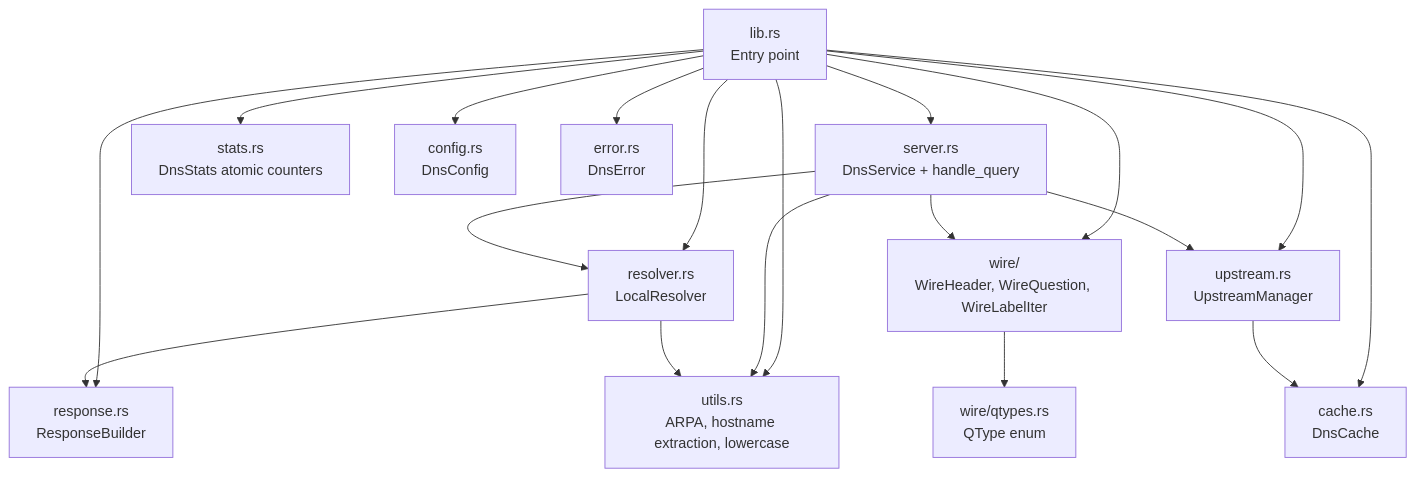
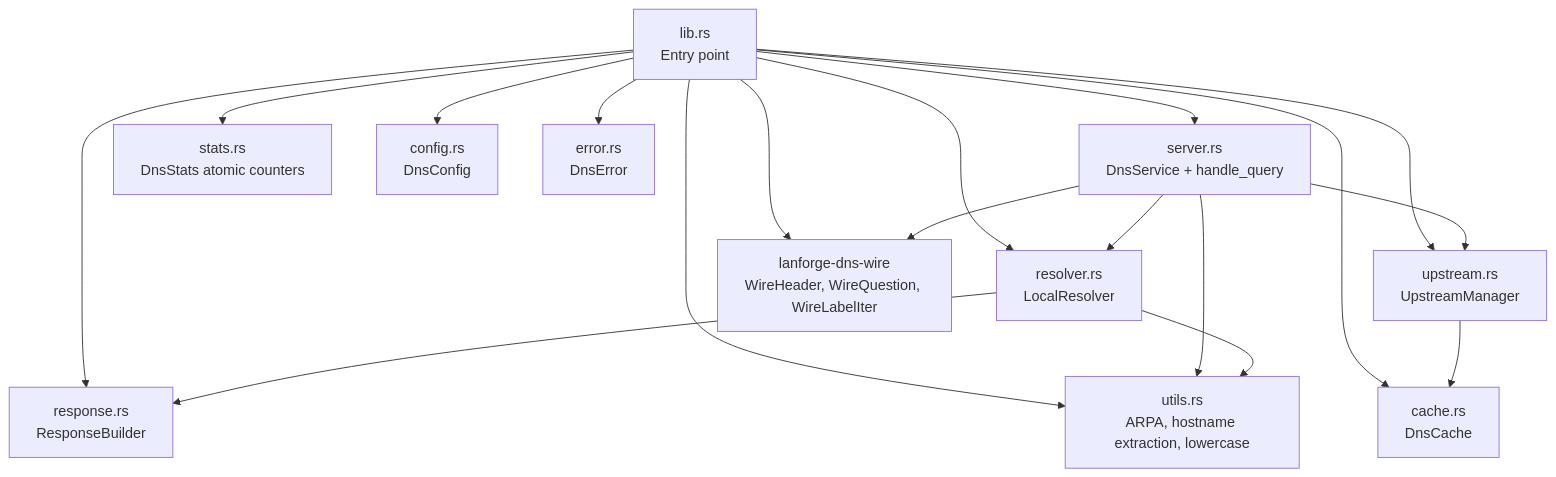
One commit to FerrahWolfeh/lanforge changed the first of 6 diagrams in docs/DNS_LIBRARY_ARCH.md. Above: the diagram before and after it, drawn with Mermaid. The commit also changed other lines of this file and 28 other files, not shown here.

Commit message:
docs: align architecture, clean AI artifacts, and prepare repository for public release

````diff
--- a/docs/DNS_LIBRARY_ARCH.md
+++ b/docs/DNS_LIBRARY_ARCH.md
@@ -23,22 +28,21 @@
 ```mermaid
 graph TD
     lib["lib.rs\nEntry point"] --> server["server.rs\nDnsService + handle_query"]
     lib --> resolver["resolver.rs\nLocalResolver"]
     lib --> response["response.rs\nResponseBuilder"]
     lib --> upstream["upstream.rs\nUpstreamManager"]
     lib --> cache["cache.rs\nDnsCache"]
-    lib --> wire["wire/\nWireHeader, WireQuestion, WireLabelIter"]
+    lib --> wire_crate["lanforge-dns-wire\nWireHeader, WireQuestion, WireLabelIter"]
     lib --> utils["utils.rs\nARPA, hostname extraction, lowercase"]
     lib --> stats["stats.rs\nDnsStats atomic counters"]
     lib --> config["config.rs\nDnsConfig"]
     lib --> err["error.rs\nDnsError"]
 
     server --> resolver
     server --> upstream
-    server --> wire
+    server --> wire_crate
     server --> utils
     resolver --> response
     resolver --> utils
     upstream --> cache
-    wire --> qtypes["wire/qtypes.rs\nQType enum"]
 ```
````
